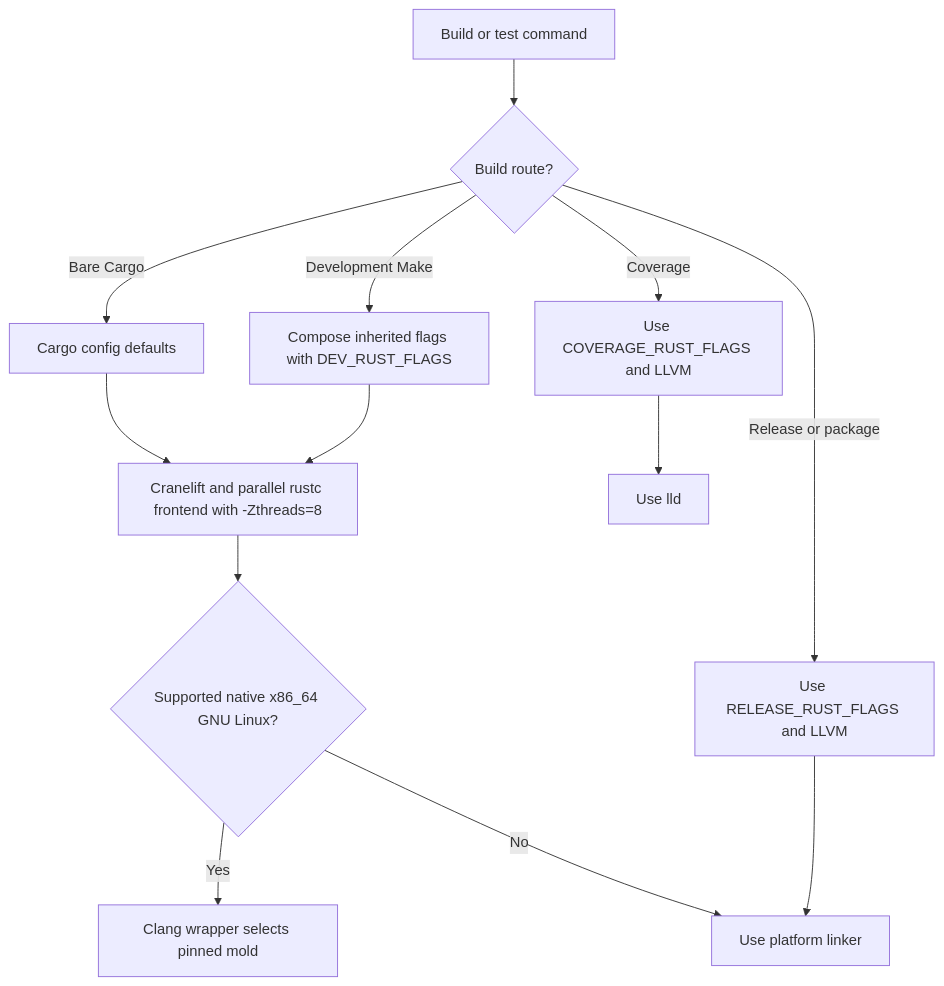
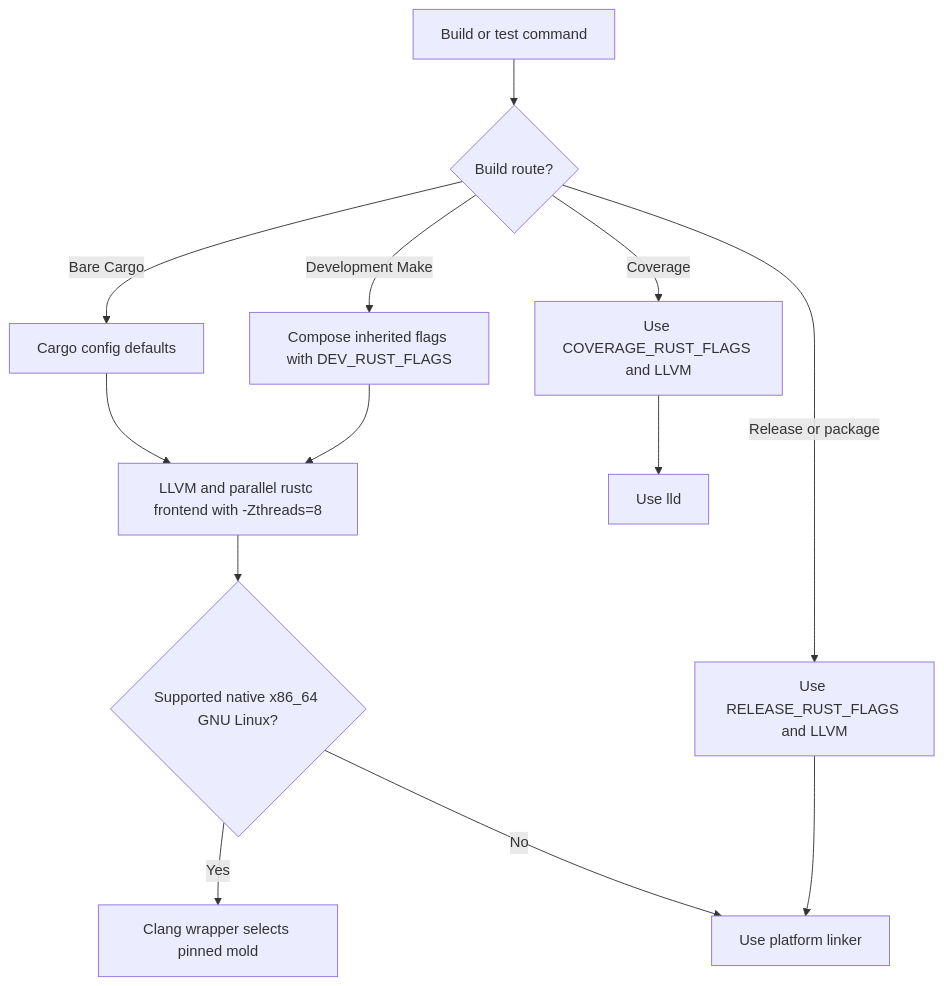
One commit to leynos/peregrine-web changed the diagram in docs/developers-guide.md. Above: the diagram before and after it, drawn with Mermaid. The commit also changed other lines of this file and 10 other files, not shown here.

````diff
--- a/docs/developers-guide.md
+++ b/docs/developers-guide.md
@@ -221,15 +228,15 @@
 ```mermaid
 flowchart TD
     Start[Build or test command] --> Route{Build route?}
     Route -->|Bare Cargo| Config[Cargo config defaults]
     Route -->|Development Make| Compose[Compose inherited flags with DEV_RUST_FLAGS]
     Route -->|Coverage| Coverage[Use COVERAGE_RUST_FLAGS and LLVM]
     Route -->|Release or package| Release[Use RELEASE_RUST_FLAGS and LLVM]
-    Config --> Dev[Cranelift and parallel rustc frontend with -Zthreads=8]
+    Config --> Dev[LLVM and parallel rustc frontend with -Zthreads=8]
     Compose --> Dev
     Dev --> Linux{Supported native x86_64 GNU Linux?}
     Linux -->|Yes| Mold[Clang wrapper selects pinned mold]
     Linux -->|No| Platform[Use platform linker]
     Coverage --> Lld[Use lld]
     Release --> Platform
 ```
````
